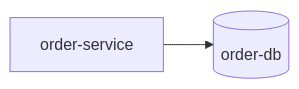
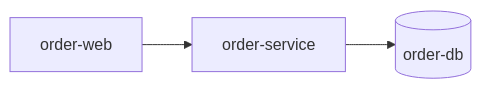
Before and after one commit to tankhangkm12/Thanh-Tan: the diagram in families/design-system/design-architecture/examples/cafe-order/drafts/01-system/containers.md, drawn with Mermaid. The commit also changed other lines of this file and 24 other files, not shown here.

First line of the commit message:
feat: bộ mẫu cafe-order thêm 05-frontend (order-web), lớp frontend, sổ rủi ro R-001

````diff
--- a/families/design-system/design-architecture/examples/cafe-order/drafts/01-system/containers.md
+++ b/families/design-system/design-architecture/examples/cafe-order/drafts/01-system/containers.md
@@ -14,4 +15,5 @@
 ```mermaid
 flowchart LR
-  service[order-service] --> db[(order-db)]
+  web[order-web] --> service[order-service]
+  service --> db[(order-db)]
 ```
````
